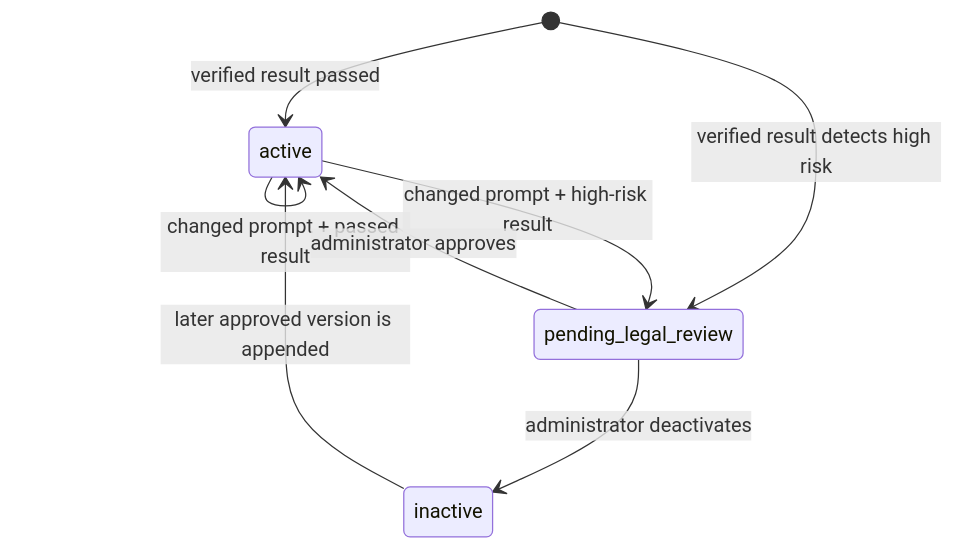
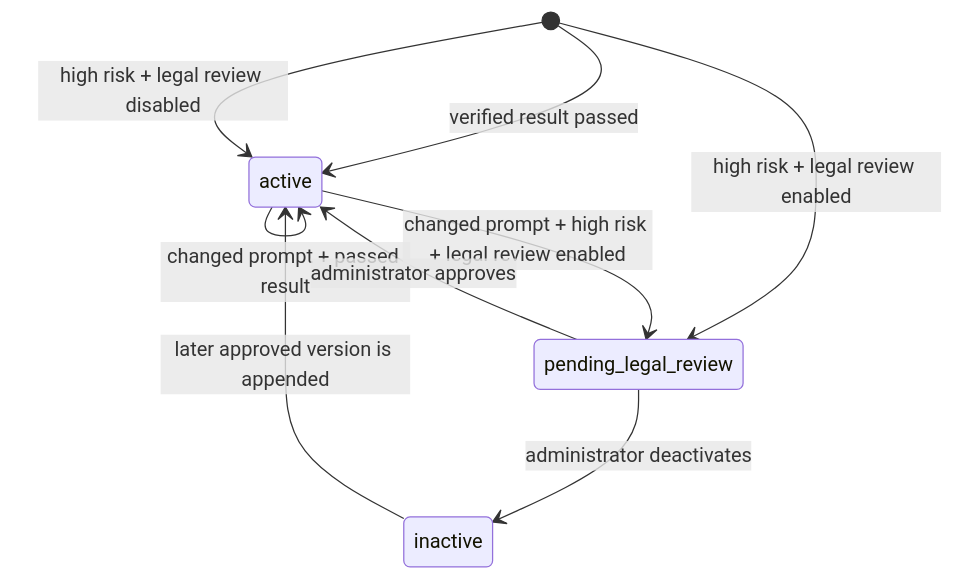
Before and after one commit to it-at-m/mucgpt: the third of 3 diagrams in docs/AI_GOVERNANCE.md, drawn with Mermaid. The commit also changed other lines of this file and 5 other files, not shown here.

````diff
--- a/docs/AI_GOVERNANCE.md
+++ b/docs/AI_GOVERNANCE.md
@@ -108,11 +109,13 @@
 ```mermaid
 stateDiagram-v2
     [*] --> active: verified result passed
-    [*] --> pending_legal_review: verified result detects high risk
+    [*] --> pending_legal_review: high risk + legal review enabled
+    [*] --> active: high risk + legal review disabled
     active --> active: metadata update / same prompt
-    active --> pending_legal_review: changed prompt + high-risk result
+    active --> pending_legal_review: changed prompt + high risk + legal review enabled
+    active --> active: changed prompt + high risk + legal review disabled
     active --> active: changed prompt + passed result
     pending_legal_review --> active: administrator approves
     pending_legal_review --> inactive: administrator deactivates
     inactive --> active: later approved version is appended
 ```
````
